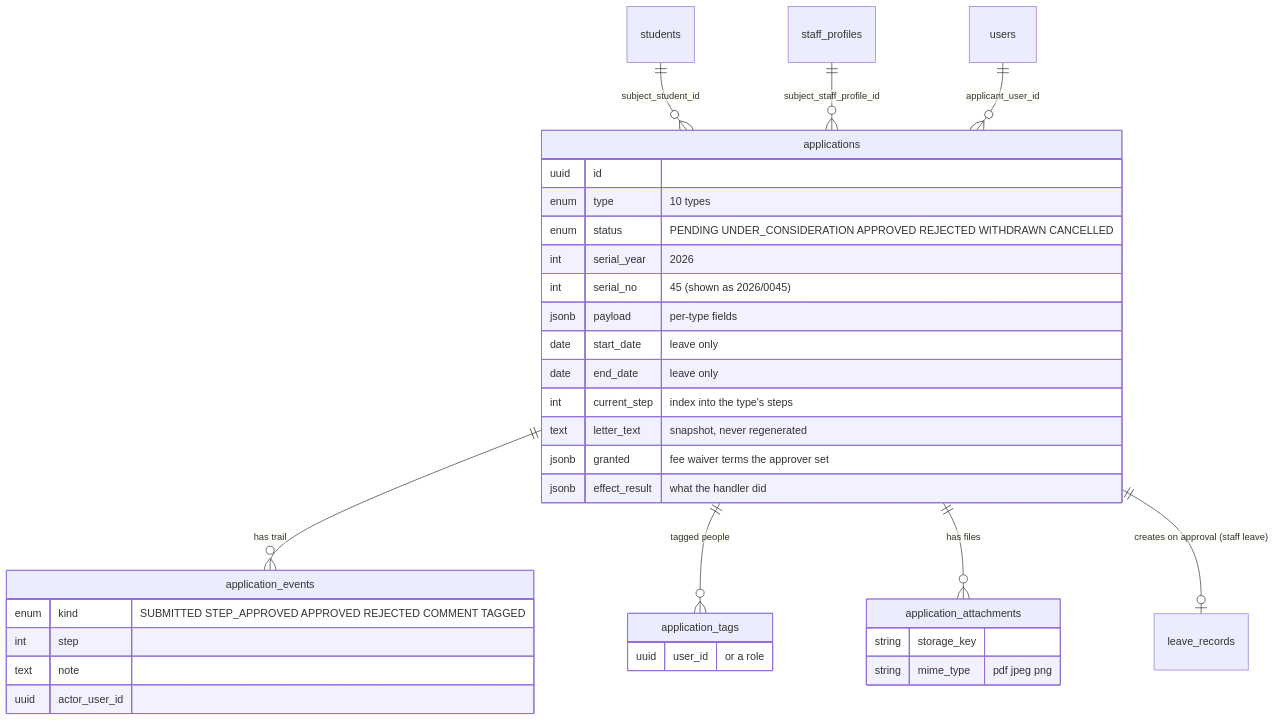
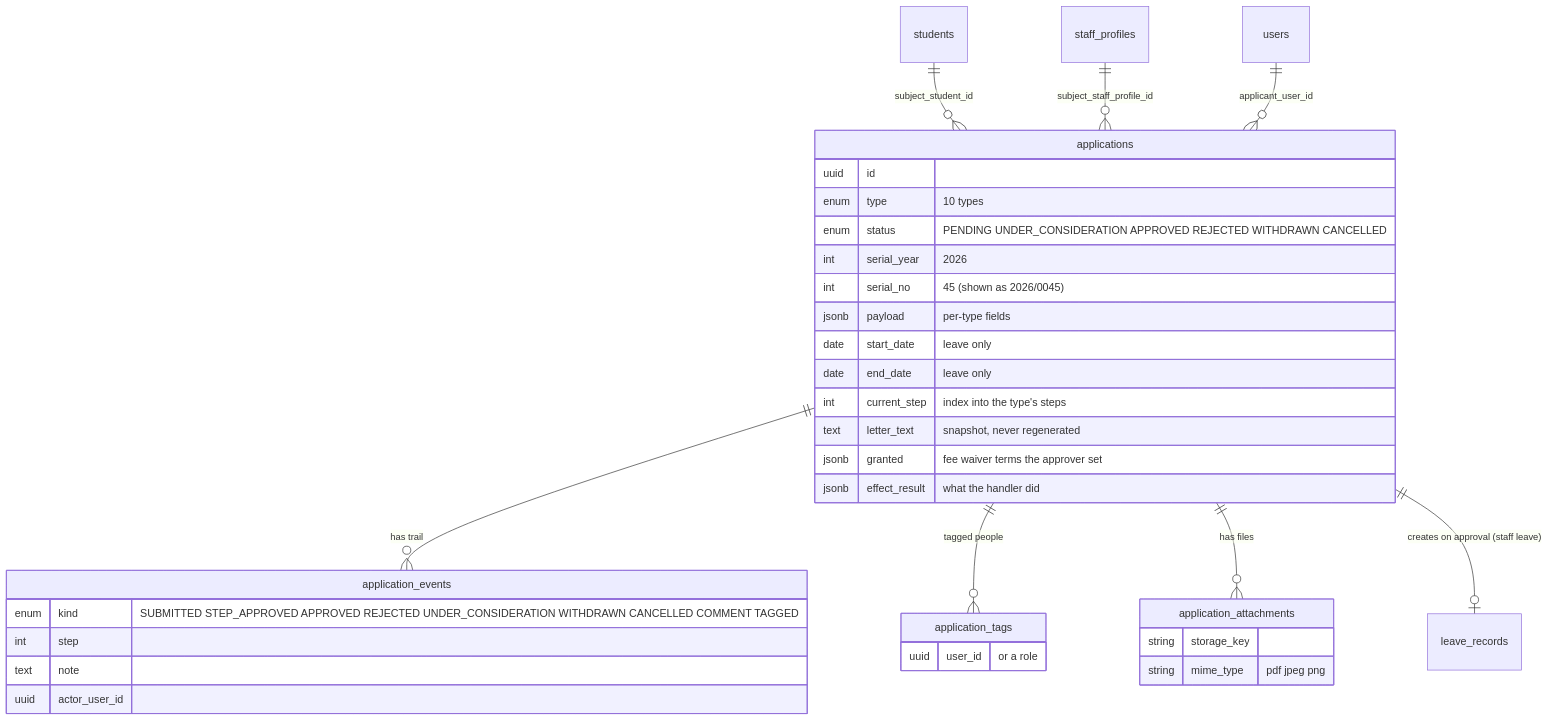
One commit to tareq89/biddaloy changed the first of 5 diagrams in docs/architecture/24-applications.md. Above: the diagram before and after it, drawn with Mermaid. The commit also changed other lines of this file and 12 other files, not shown here.

````diff
--- a/docs/architecture/24-applications.md
+++ b/docs/architecture/24-applications.md
@@ -38,37 +38,37 @@
 ```mermaid
 erDiagram
     applications ||--o{ application_events : "has trail"
     applications ||--o{ application_tags : "tagged people"
     applications ||--o{ application_attachments : "has files"
     applications ||--o| leave_records : "creates on approval (staff leave)"
     students ||--o{ applications : "subject_student_id"
     staff_profiles ||--o{ applications : "subject_staff_profile_id"
     users ||--o{ applications : "applicant_user_id"
     applications {
         uuid id
         enum type "10 types"
         enum status "PENDING UNDER_CONSIDERATION APPROVED REJECTED WITHDRAWN CANCELLED"
         int serial_year "2026"
         int serial_no "45 (shown as 2026/0045)"
         jsonb payload "per-type fields"
         date start_date "leave only"
         date end_date "leave only"
         int current_step "index into the type's steps"
         text letter_text "snapshot, never regenerated"
         jsonb granted "fee waiver terms the approver set"
         jsonb effect_result "what the handler did"
     }
     application_events {
-        enum kind "SUBMITTED STEP_APPROVED APPROVED REJECTED COMMENT TAGGED"
+        enum kind "SUBMITTED STEP_APPROVED APPROVED REJECTED UNDER_CONSIDERATION WITHDRAWN CANCELLED COMMENT TAGGED"
         int step
         text note
         uuid actor_user_id
     }
     application_tags {
         uuid user_id "or a role"
     }
     application_attachments {
         string storage_key
         string mime_type "pdf jpeg png"
     }
 ```
````
